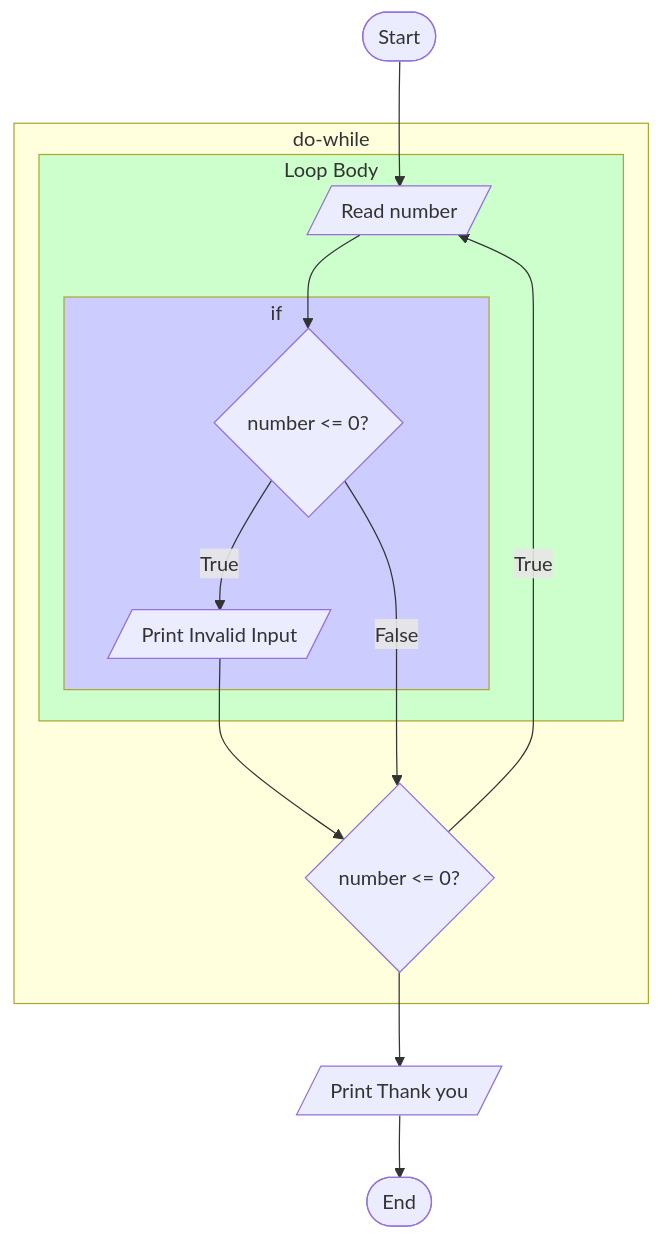
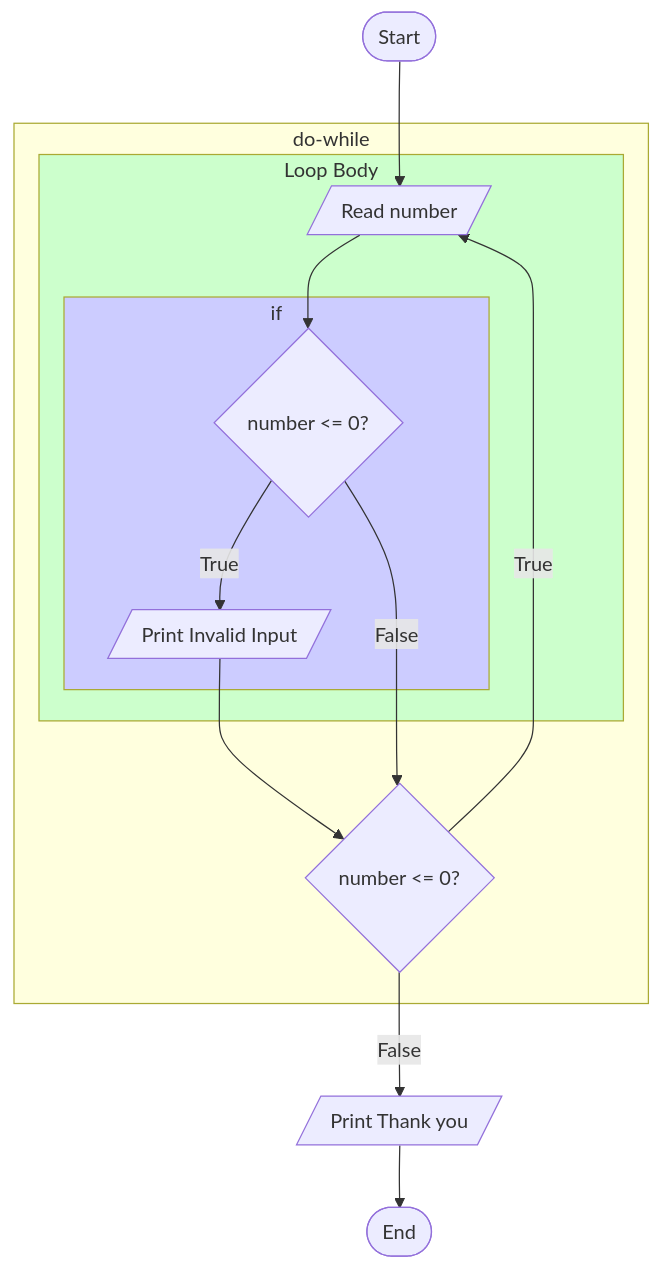
One commit to ruslylove/compro changed the fourth of 9 diagrams in lectures/lect-4.md. Above: the diagram before and after it, drawn with Mermaid.

Commit message:
add 'False'

````diff
--- a/lectures/lect-4.md
+++ b/lectures/lect-4.md
@@ -295,30 +295,30 @@
 ```mermaid {scale:0.5}
 graph TD
 
     subgraph do-while
         subgraph loop-body["Loop Body"]
             E
             subgraph if
                 F
                 G
             end
         end
         H
     end
 
     
     
         A([Start]) -->  E[/Read number/];
         E --> F{number <= 0?};
         F -- True --> G[/Print Invalid Input/];
         G --> H;
         F -- False --> H{number <= 0?};
         H -- True --> E;
-    H --> I[/Print Thank you/];
+    H -- False--> I[/Print Thank you/];
     I --> J([End]);
 
     style if fill:#ccf;
     style loop-body fill:#cfc;
 
 
 ```
````
